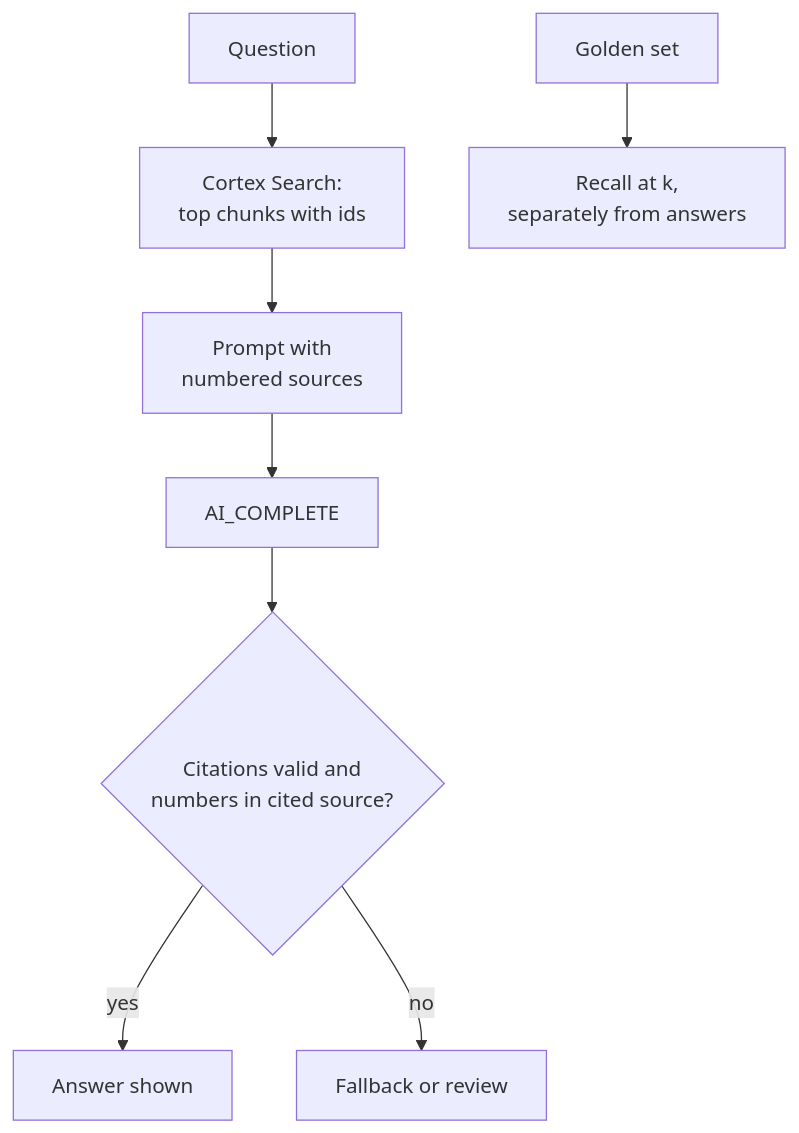
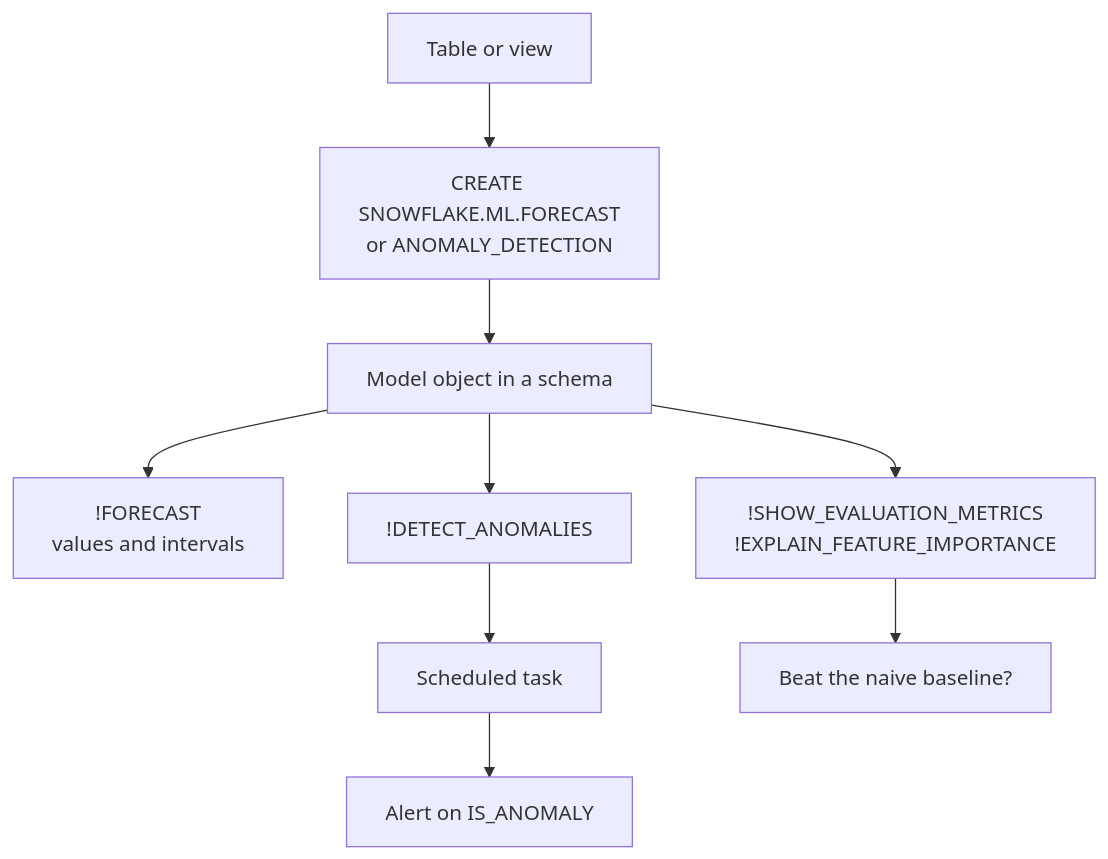
One commit to Abhi4972/AI-From-Zero-to-Hero changed the diagram in data/diagrams/a3310.mmd. Above: the diagram before and after it, drawn with Mermaid. The commit also changed 74 other files, not shown here.

```diff
--- a/data/diagrams/a3310.mmd
+++ b/data/diagrams/a3310.mmd
@@ -1,9 +1,10 @@
-%% after: The pattern in Snowflake
+%% after: The four ML Functions
 flowchart TD
-  Q["Question"] --> S["Cortex Search:<br/>top chunks with ids"]
-  S --> P["Prompt with<br/>numbered sources"]
-  P --> C["AI_COMPLETE"]
-  C --> V{"Citations valid and<br/>numbers in cited source?"}
-  V -->|"yes"| A["Answer shown"]
-  V -->|"no"| F["Fallback or review"]
-  G["Golden set"] --> R["Recall at k,<br/>separately from answers"]
+  D["Table or view"] --> C["CREATE SNOWFLAKE.ML.FORECAST<br/>or ANOMALY_DETECTION"]
+  C --> MO["Model object in a schema"]
+  MO --> FC["!FORECAST<br/>values and intervals"]
+  MO --> EV["!SHOW_EVALUATION_METRICS<br/>!EXPLAIN_FEATURE_IMPORTANCE"]
+  MO --> DA["!DETECT_ANOMALIES"]
+  DA --> TK["Scheduled task"]
+  TK --> AL["Alert on IS_ANOMALY"]
+  EV --> BL["Beat the naive baseline?"]
```
